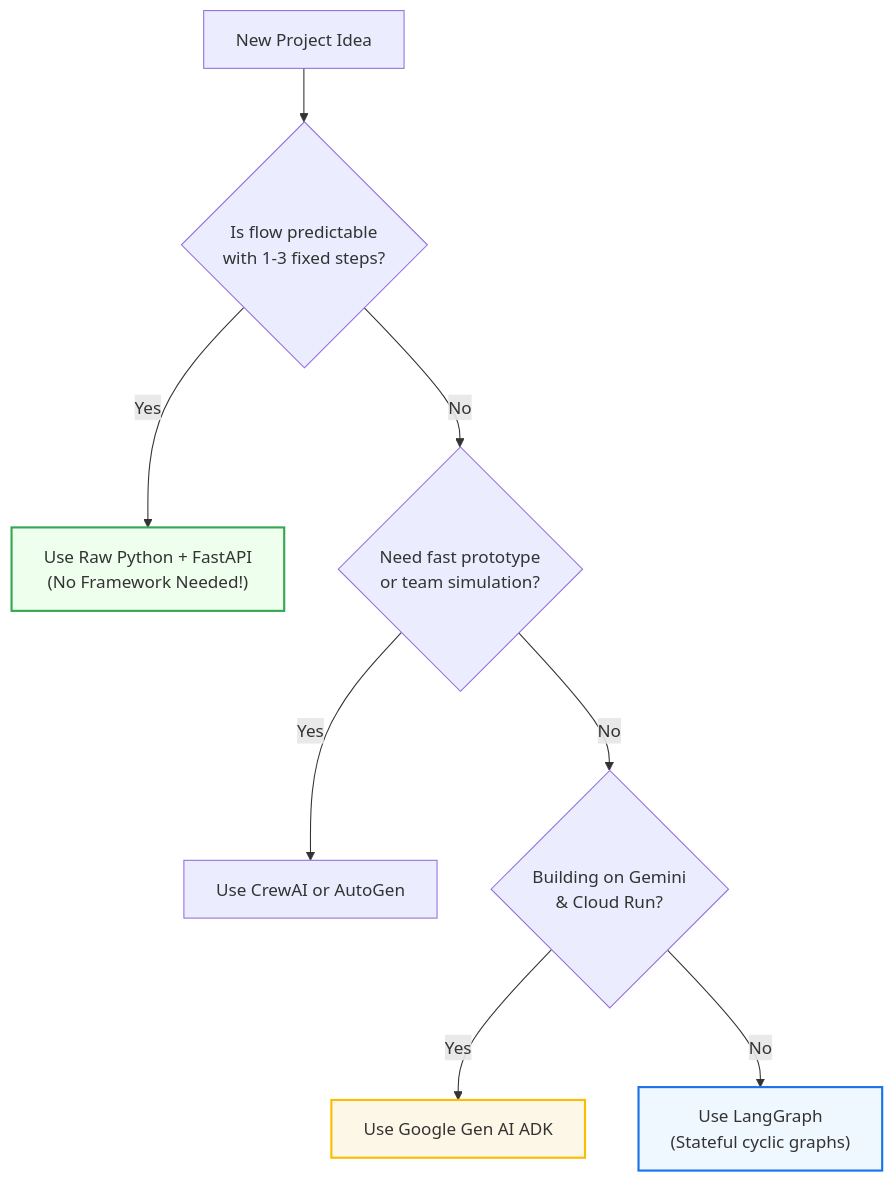
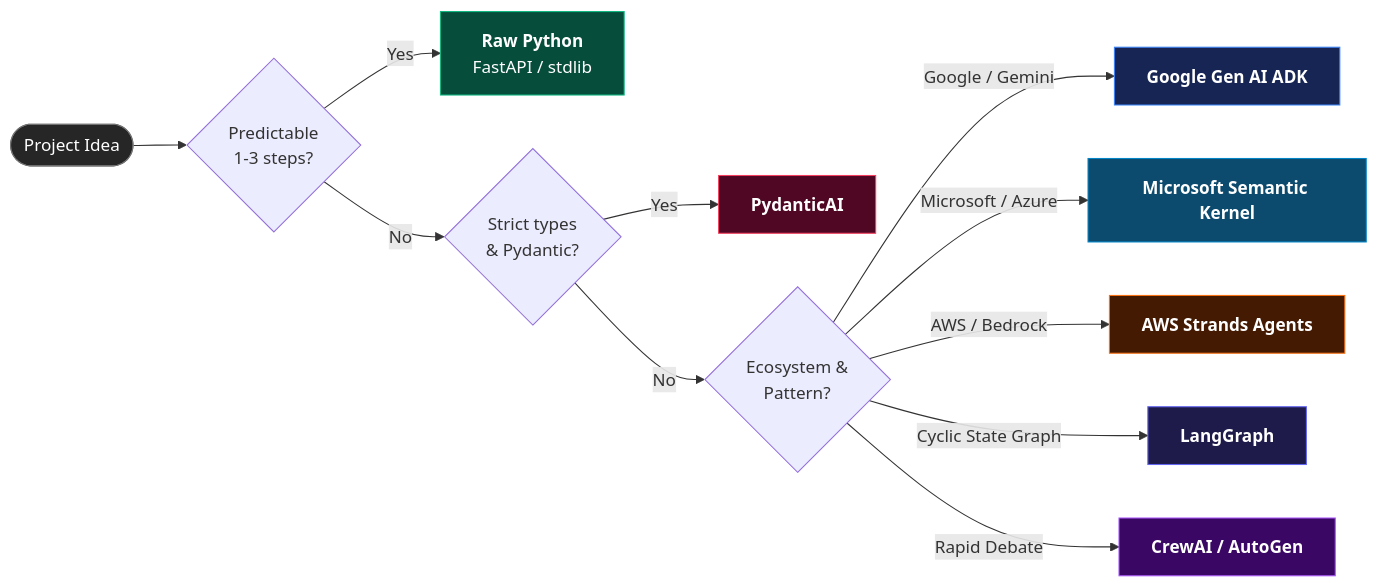
One commit to tvseshagiri/kaameekru changed the first of 2 diagrams in tech/agentic-ai/slides/_04-framework-landscape.qmd. Above: the diagram before and after it, drawn with Mermaid. The commit also changed other lines of this file and 3 other files, not shown here.

Commit message:
fix(agentic-ai): polish Day 1 slides, add framework logos, and optimize diagrams

````diff
--- a/tech/agentic-ai/slides/_04-framework-landscape.qmd
+++ b/tech/agentic-ai/slides/_04-framework-landscape.qmd
@@ -134,13 +257,23 @@
-```mermaid
-graph TD
-    Start["New Project Idea"] --> Q1{"Is flow predictable<br>with 1-3 fixed steps?"}
-    Q1 -- "Yes" --> Raw["Use Raw Python + FastAPI<br>(No Framework Needed!)"]
-    Q1 -- "No" --> Q2{"Need fast prototype<br>or team simulation?"}
-    Q2 -- "Yes" --> Crew["Use CrewAI or AutoGen"]
-    Q2 -- "No" --> Q3{"Building on Gemini<br>& Cloud Run?"}
-    Q3 -- "Yes" --> ADK["Use Google Gen AI ADK"]
-    Q3 -- "No" --> LG["Use LangGraph<br>(Stateful cyclic graphs)"]
-    style Raw fill:#efe,stroke:#34a853,stroke-width:2px
-    style LG fill:#f0f8ff,stroke:#1a73e8,stroke-width:2px
-    style ADK fill:#fdf7e7,stroke:#fbbc04,stroke-width:2px
+```{mermaid}
+graph LR
+    Start([Project Idea]) --> Q1{Predictable<br>1-3 steps?}
+    Q1 -- Yes --> Raw["<b>Raw Python</b><br>FastAPI / stdlib"]
+    Q1 -- No --> Q2{Strict types<br>& Pydantic?}
+    Q2 -- Yes --> PAI["<b>PydanticAI</b>"]
+    Q2 -- No --> Q3{Ecosystem &<br>Pattern?}
+    
+    Q3 -- "Google / Gemini" --> ADK["<b>Google Gen AI ADK</b>"]
+    Q3 -- "Microsoft / Azure" --> MS["<b>Microsoft Semantic Kernel</b>"]
+    Q3 -- "AWS / Bedrock" --> AWS["<b>AWS Strands Agents</b>"]
+    Q3 -- "Cyclic State Graph" --> LG["<b>LangGraph</b>"]
+    Q3 -- "Rapid Debate" --> Crew["<b>CrewAI / AutoGen</b>"]
+
+    style Start fill:#262626,stroke:#737373,color:#fff
+    style Raw fill:#064e3b,stroke:#10b981,color:#fff
+    style PAI fill:#500724,stroke:#f43f5e,color:#fff
+    style ADK fill:#172554,stroke:#3b82f6,color:#fff
+    style MS fill:#0c4a6e,stroke:#0284c7,color:#fff
+    style AWS fill:#451a03,stroke:#f97316,color:#fff
+    style LG fill:#1e1b4b,stroke:#6366f1,color:#fff
+    style Crew fill:#3b0764,stroke:#a855f7,color:#fff
 ```
````
